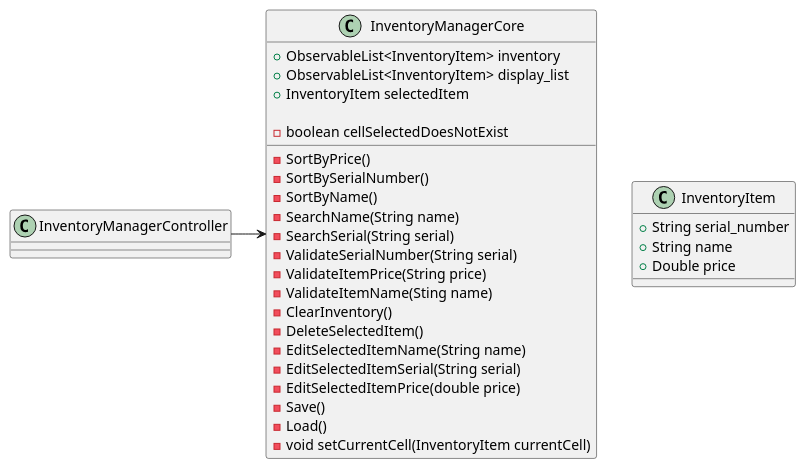
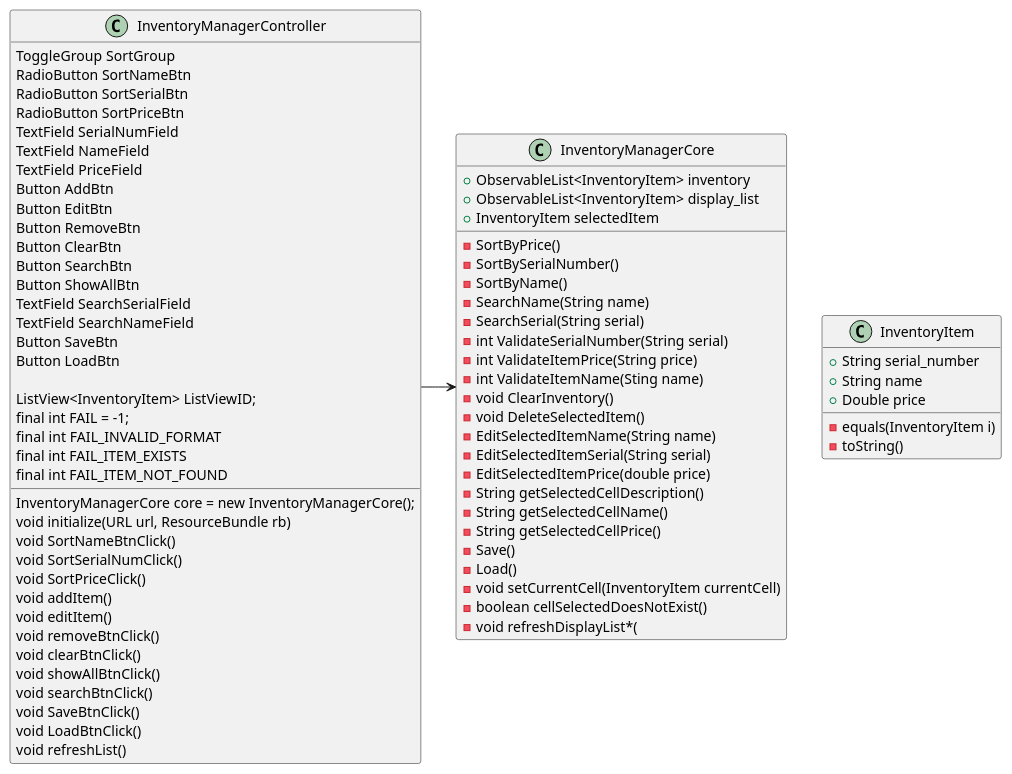
Before and after one commit to Scootifer/Schimpf-app2: the diagram in docs/diagram.puml, drawn with PlantUML. The commit also changed 2 other files, not shown here.

```diff
--- a/docs/diagram.puml
+++ b/docs/diagram.puml
@@ -1,39 +1,84 @@
 @startuml
 
 InventoryManagerController -> InventoryManagerCore
 
 class InventoryManagerController {
+    ToggleGroup SortGroup
+    RadioButton SortNameBtn
+    RadioButton SortSerialBtn
+    RadioButton SortPriceBtn
+    TextField SerialNumField
+    TextField NameField
+    TextField PriceField
+    Button AddBtn
+    Button EditBtn
+    Button RemoveBtn
+    Button ClearBtn
+    Button SearchBtn
+    Button ShowAllBtn
+    TextField SearchSerialField
+    TextField SearchNameField
+    Button SaveBtn
+    Button LoadBtn
 
+    ListView<InventoryItem> ListViewID;
+    InventoryManagerCore core = new InventoryManagerCore();
+    final int FAIL = -1;
+    final int FAIL_INVALID_FORMAT
+    final int FAIL_ITEM_EXISTS
+    final int FAIL_ITEM_NOT_FOUND
+
+    void initialize(URL url, ResourceBundle rb)
+    void SortNameBtnClick()
+    void SortSerialNumClick()
+    void SortPriceClick()
+    void addItem()
+    void editItem()
+    void removeBtnClick()
+    void clearBtnClick()
+    void showAllBtnClick()
+    void searchBtnClick()
+    void SaveBtnClick()
+    void LoadBtnClick()
+    void refreshList()
 
 }
 
 class InventoryManagerCore{
 +ObservableList<InventoryItem> inventory
 +ObservableList<InventoryItem> display_list
 +InventoryItem selectedItem
 
 -SortByPrice()
 -SortBySerialNumber()
 -SortByName()
 -SearchName(String name)
 -SearchSerial(String serial)
--ValidateSerialNumber(String serial)
--ValidateItemPrice(String price)
--ValidateItemName(Sting name)
--ClearInventory()
--DeleteSelectedItem()
+-int ValidateSerialNumber(String serial)
+-int ValidateItemPrice(String price)
+-int ValidateItemName(Sting name)
+-void ClearInventory()
+-void DeleteSelectedItem()
 -EditSelectedItemName(String name)
 -EditSelectedItemSerial(String serial)
 -EditSelectedItemPrice(double price)
+-String getSelectedCellDescription()
+-String getSelectedCellName()
+-String getSelectedCellPrice()
 -Save()
 -Load()
 -void setCurrentCell(InventoryItem currentCell)
--boolean cellSelectedDoesNotExist
+-boolean cellSelectedDoesNotExist()
+-void refreshDisplayList*(
+
+
 }
 class InventoryItem{
 +String serial_number
 +String name
 +Double price
+-equals(InventoryItem i)
+-toString()
 
 }
 @enduml
```
